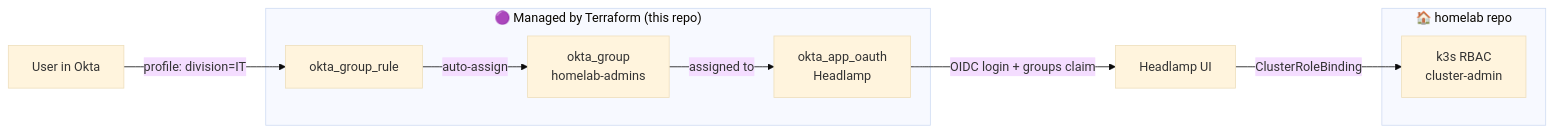
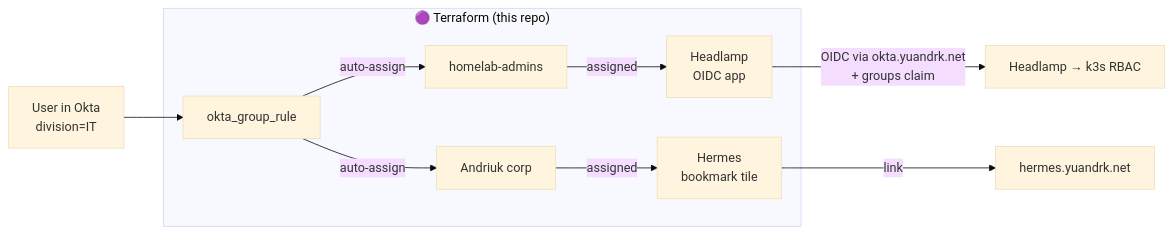
Before and after one commit to yuandrk/okta-gitops: the diagram in README.md, drawn with Mermaid (base theme). The commit also changed other lines of this file and 11 other files, not shown here.

````diff
--- a/README.md
+++ b/README.md
@@ -16,17 +36,18 @@
 ```mermaid
 flowchart LR
-    U[User in Okta] -->|profile: division=IT| R[okta_group_rule]
-    R -->|auto-assign| G[okta_group<br/>homelab-admins]
-    G -->|assigned to| A[okta_app_oauth<br/>Headlamp]
-    A -->|OIDC login + groups claim| H[Headlamp UI]
-    H -->|ClusterRoleBinding| K[k3s RBAC<br/>cluster-admin]
+    U[User in Okta<br/>division=IT] --> R[okta_group_rule]
+    R -->|auto-assign| G1[homelab-admins]
+    R -->|auto-assign| G2[Andriuk corp]
+    G1 -->|assigned| A[Headlamp<br/>OIDC app]
+    G2 -->|assigned| B[Hermes<br/>bookmark tile]
+    A -->|OIDC via okta.yuandrk.net<br/>+ groups claim| H[Headlamp → k3s RBAC]
+    B -->|link| HD[hermes.yuandrk.net]
 
-    subgraph TF["🟣 Managed by Terraform (this repo)"]
+    subgraph TF["🟣 Terraform (this repo)"]
         R
-        G
+        G1
+        G2
         A
-    end
-    subgraph HL["🏠 homelab repo"]
-        K
+        B
     end
 ```
````
